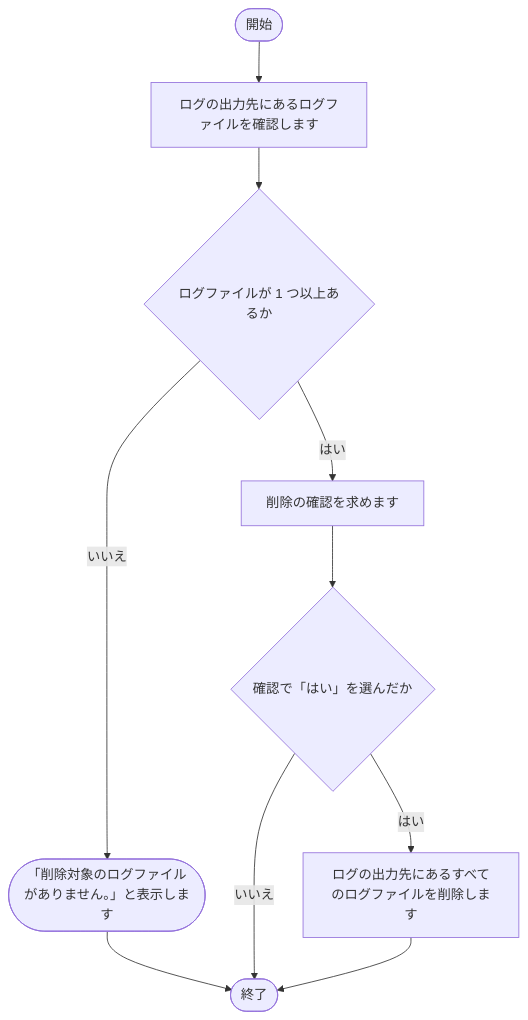
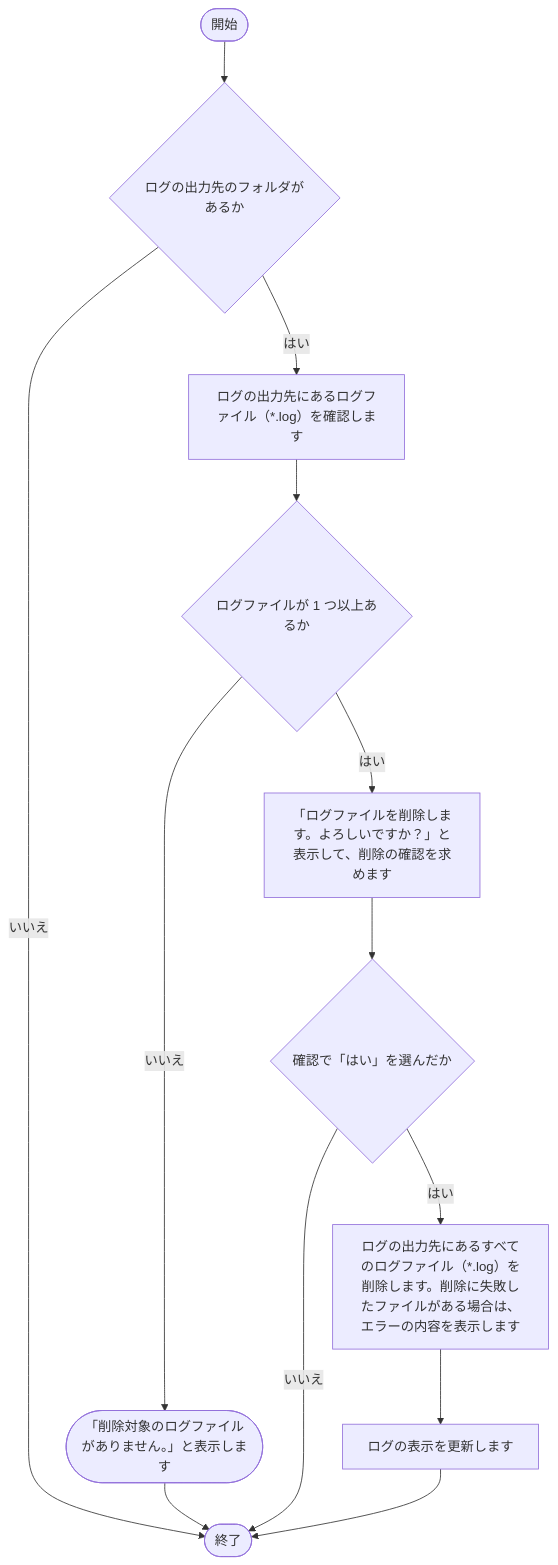
One commit to nishida2073/project_management changed the fourth of 13 diagrams in tool/package-generator/doc/02_設計/処理フロー.md. Above: the diagram before and after it, drawn with Mermaid. The commit also changed other lines of this file and 4 other files, not shown here.

````diff
--- a/tool/package-generator/doc/02_設計/処理フロー.md
+++ b/tool/package-generator/doc/02_設計/処理フロー.md
@@ -142,20 +153,25 @@
 ```mermaid
 flowchart TD
     S(["開始"])
     E(["終了"])
-    N1["ログの出力先にあるログファイルを確認します"]
-    S --> N1
+    N0{"ログの出力先のフォルダがあるか"}
+    S --> N0
+    N0 -- いいえ --> E
+    N1["ログの出力先にあるログファイル（*.log）を確認します"]
+    N0 -- はい --> N1
     N2{"ログファイルが 1 つ以上あるか"}
     N1 --> N2
     X1(["「削除対象のログファイルがありません。」と表示します"])
     N2 -- いいえ --> X1
     X1 --> E
-    N3["削除の確認を求めます"]
+    N3["「ログファイルを削除します。よろしいですか？」と表示して、削除の確認を求めます"]
     N2 -- はい --> N3
     N4{"確認で「はい」を選んだか"}
     N3 --> N4
     N4 -- はい --> N5
     N4 -- いいえ --> E
-    N5["ログの出力先にあるすべてのログファイルを削除します"]
-    N5 --> E
+    N5["ログの出力先にあるすべてのログファイル（*.log）を削除します。削除に失敗したファイルがある場合は、エラーの内容を表示します"]
+    N6["ログの表示を更新します"]
+    N5 --> N6
+    N6 --> E
 ```
````
